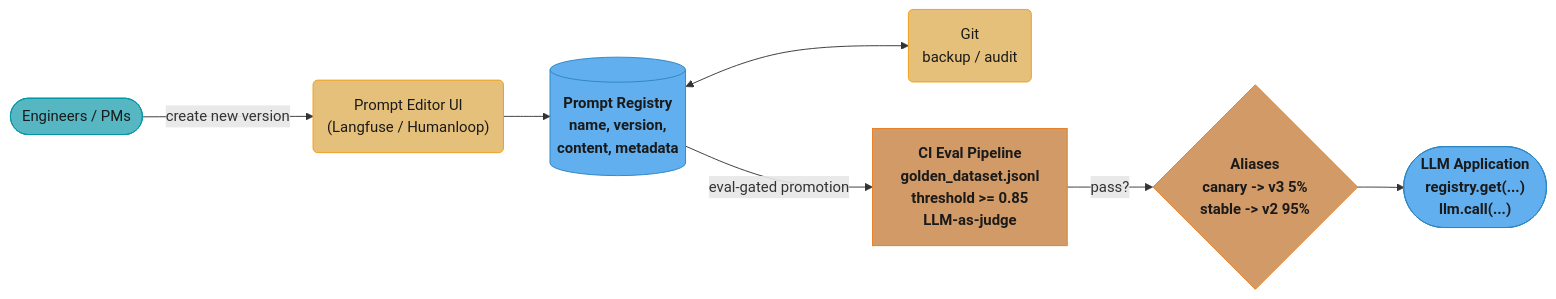
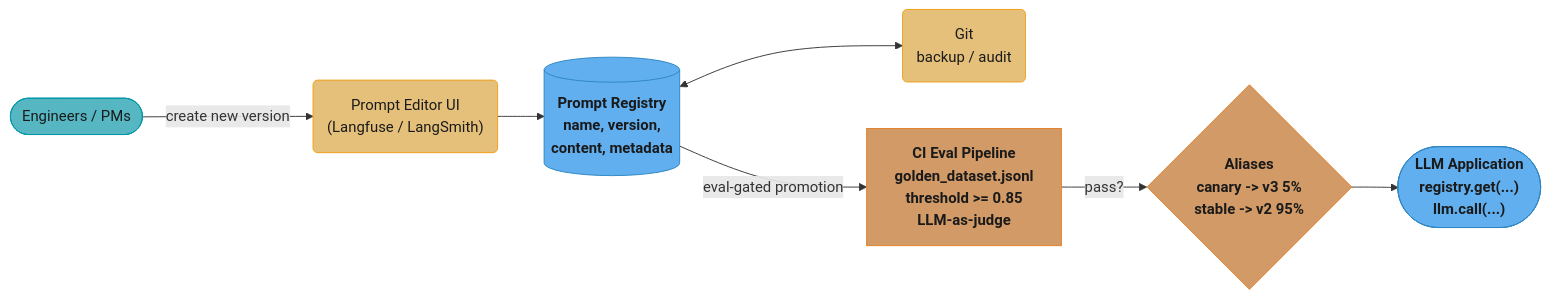
Before and after one commit to rppol/system-design: the first of 2 diagrams in src/main/java/com/rutik/systemdesign/llm/prompt_management_and_promptops/prompt_management_and_promptops.md, drawn with Mermaid. The commit also changed other lines of this file and 655 other files, not shown here.

````diff
--- a/src/main/java/com/rutik/systemdesign/llm/prompt_management_and_promptops/prompt_management_and_promptops.md
+++ b/src/main/java/com/rutik/systemdesign/llm/prompt_management_and_promptops/prompt_management_and_promptops.md
@@ -114,21 +114,21 @@
 ```mermaid
 flowchart LR
     classDef io      fill:#61afef,stroke:#2e86c1,color:#1a1a1a,font-weight:bold
     classDef mathOp  fill:#d19a66,stroke:#e67e22,color:#1a1a1a,font-weight:bold
     classDef req     fill:#56b6c2,stroke:#0097a7,color:#1a1a1a
     classDef base    fill:#e5c07b,stroke:#f39c12,color:#1a1a1a
 
-    eng(["Engineers / PMs"]) -->|create new version| editor("Prompt Editor UI<br/>(Langfuse / Humanloop)")
+    eng(["Engineers / PMs"]) -->|create new version| editor("Prompt Editor UI<br/>(Langfuse / LangSmith)")
     editor --> registry[("Prompt Registry<br/>name, version,<br/>content, metadata")]
     registry <--> git("Git<br/>backup / audit")
     registry -->|eval-gated promotion| ci["CI Eval Pipeline<br/>golden_dataset.jsonl<br/>threshold >= 0.85<br/>LLM-as-judge"]
     ci -->|pass?| aliases{"Aliases<br/>canary -> v3 5%<br/>stable -> v2 95%"}
     aliases --> app(["LLM Application<br/>registry.get(...)<br/>llm.call(...)"])
 
     class eng req
     class editor,git base
     class registry io
     class ci mathOp
     class aliases mathOp
     class app io
 ```
````
